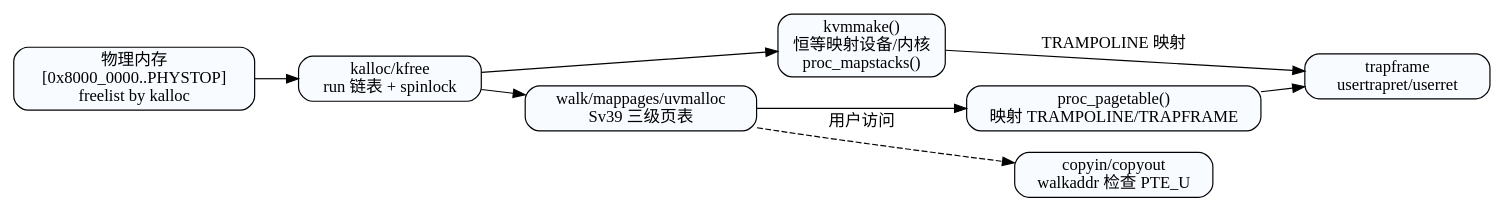
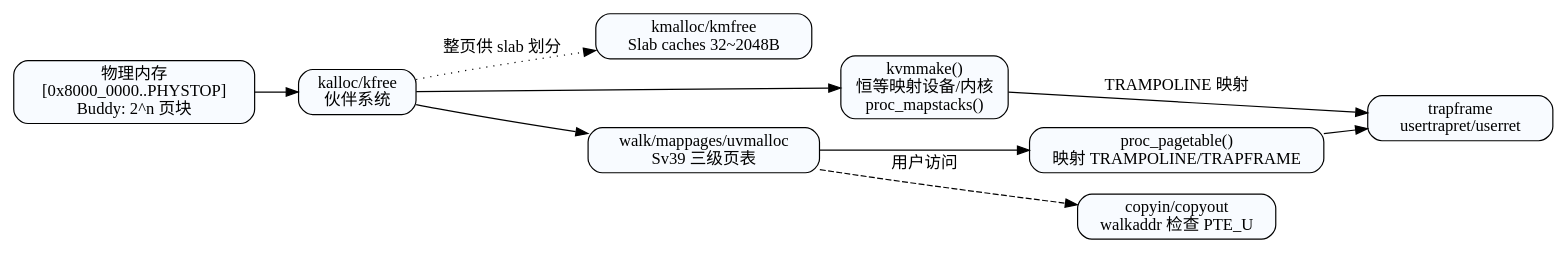
The diagram in docs/os-docs/memory-management.md (gan-rui-lin/xv6-lab), drawn with Graphviz before and after one commit. The commit also changed other lines of this file and 3 other files, not shown here.

Commit message:
添加 buddy 并初步应用 slab 分配器

````diff
--- a/docs/os-docs/memory-management.md
+++ b/docs/os-docs/memory-management.md
@@ -124,19 +147,21 @@
 ```dot
 digraph mm {
   rankdir=LR;
   node [shape=box, style="rounded,filled", fillcolor="#f8fbff"];
 
-  phys [label="物理内存\n[0x8000_0000..PHYSTOP]\nfreelist by kalloc"];
-  kalloc [label="kalloc/kfree\nrun 链表 + spinlock"];
+  phys [label="物理内存\n[0x8000_0000..PHYSTOP]\nBuddy: 2^n 页块"];
+  kalloc [label="kalloc/kfree\n伙伴系统"];
+  kmalloc [label="kmalloc/kmfree\nSlab caches 32~2048B"];
   kvmmake [label="kvmmake()\n恒等映射设备/内核\nproc_mapstacks()"];
   pagetable [label="walk/mappages/uvmalloc\nSv39 三级页表"];
   proc [label="proc_pagetable()\n映射 TRAMPOLINE/TRAPFRAME"];
   trap [label="trapframe\nusertrapret/userret"];
   copy [label="copyin/copyout\nwalkaddr 检查 PTE_U"];
 
   phys -> kalloc -> {kvmmake pagetable};
+  kalloc -> kmalloc [style=dotted, label="整页供 slab 划分"];
   pagetable -> proc -> trap;
   pagetable -> copy [style=dashed, label="用户访问"];
   kvmmake -> trap [label="TRAMPOLINE 映射"];
 }
 ```
````
